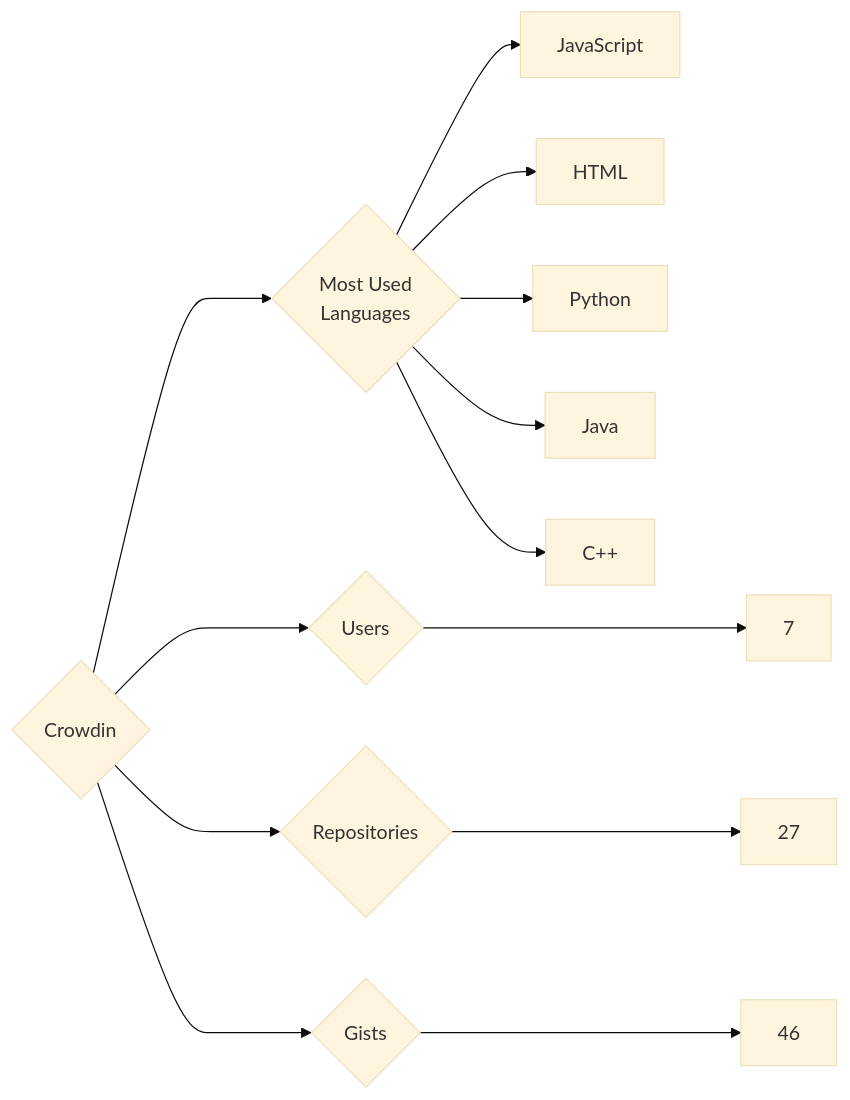
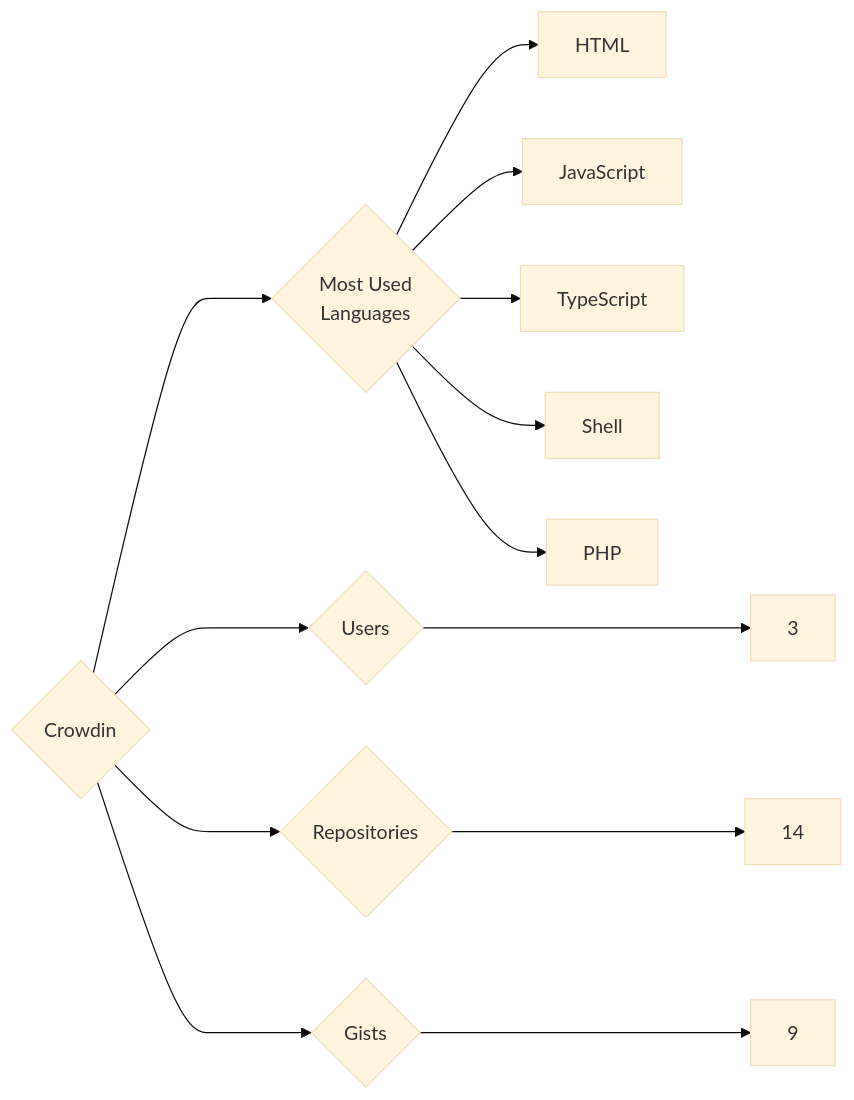
Before and after one commit to trickest/insiders: the diagram in targets/Crowdin/README.md, drawn with Mermaid (base theme). The commit also changed 953 other files, not shown here.

````diff
--- a/targets/Crowdin/README.md
+++ b/targets/Crowdin/README.md
@@ -3,13 +3,13 @@
 ```mermaid
 graph LR
 COMPANY_NAME{Crowdin}
-COMPANY_NAME ---> U{Users} ---> UN[7]
-COMPANY_NAME ---> R{Repositories} ---> RN[27]
-COMPANY_NAME ---> G{Gists} ---> GN[46]
+COMPANY_NAME ---> U{Users} ---> UN[3]
+COMPANY_NAME ---> R{Repositories} ---> RN[14]
+COMPANY_NAME ---> G{Gists} ---> GN[9]
 COMPANY_NAME ---> ML{Most Used<br>Languages}
+ML --> HTML[HTML]
 ML --> JavaScript[JavaScript]
-ML --> HTML[HTML]
-ML --> Python[Python]
-ML --> Java[Java]
-ML --> C++[C++]
+ML --> TypeScript[TypeScript]
+ML --> Shell[Shell]
+ML --> PHP[PHP]
 ```
````
